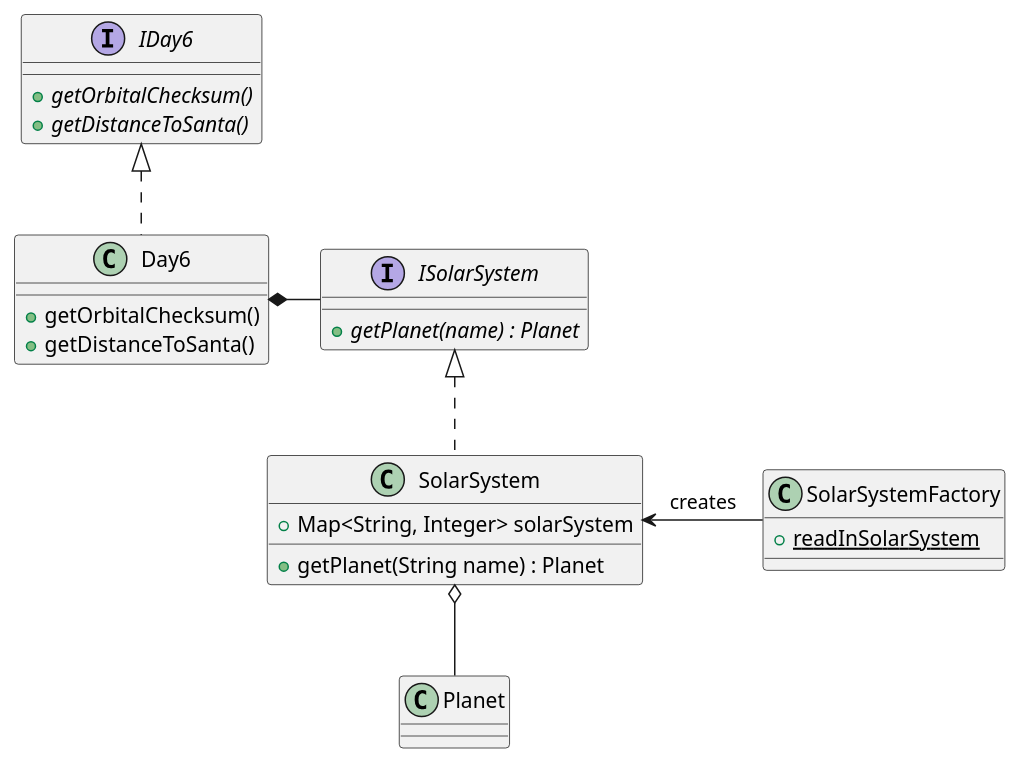
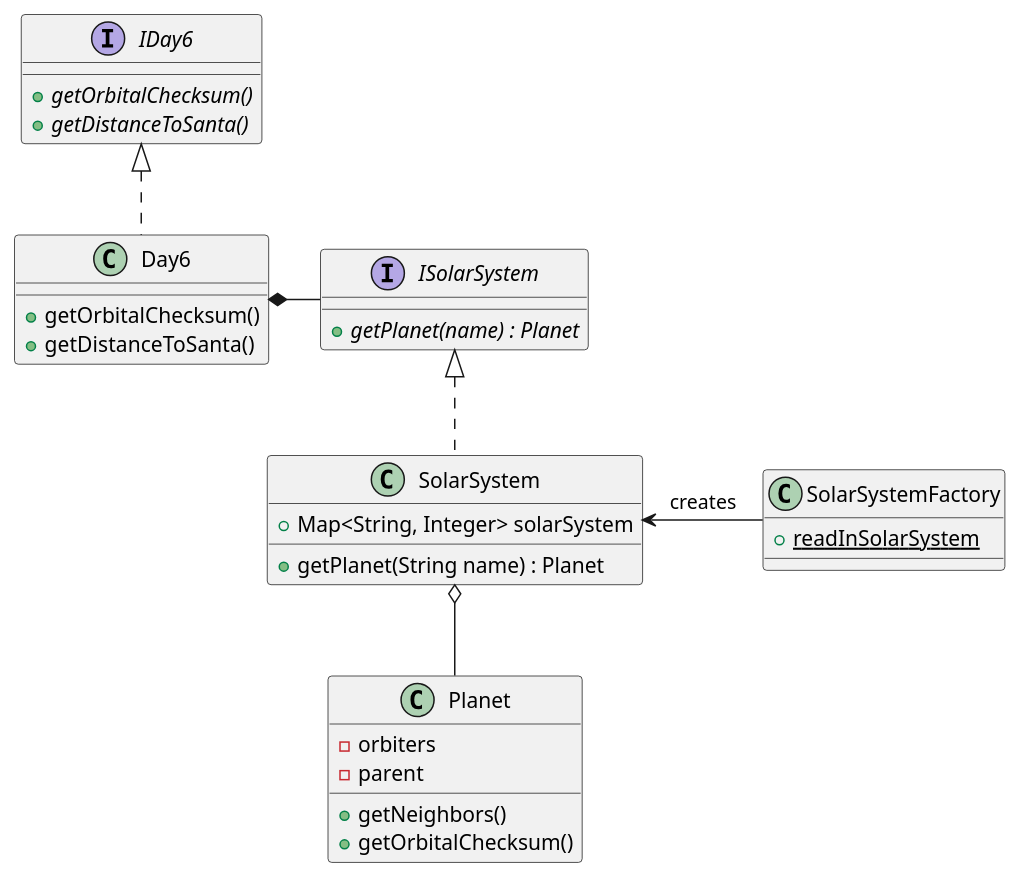
The diagram in src/year_2019/day06/day6_uml.puml (jdbr827/AdventOfCode_2019_Java), drawn with PlantUML before and after one commit. The commit also changed 1 other file, not shown here.

```diff
--- a/src/year_2019/day06/day6_uml.puml
+++ b/src/year_2019/day06/day6_uml.puml
@@ -1,41 +1,45 @@
 @startuml
 'https://plantuml.com/class-diagram
 
 interface IDay6 {
 +{abstract} getOrbitalChecksum()
 +{abstract} getDistanceToSanta()
 }
 
 class Day6 {
 +getOrbitalChecksum()
 +getDistanceToSanta()
 }
 
 
 class SolarSystem {
 +Map<String, Integer> solarSystem
 +getPlanet(String name) : Planet
 }
 
 class SolarSystemFactory {
 +{static} readInSolarSystem
 }
 
 interface ISolarSystem {
 +{abstract} getPlanet(name) : Planet
 }
 
 
 class Planet {
+-orbiters
+-parent
++getNeighbors()
++getOrbitalChecksum()
 
 }
 
 
 SolarSystem <- SolarSystemFactory: creates
 Day6 *- ISolarSystem
 IDay6 <|.. Day6
 ISolarSystem <|.. SolarSystem
 
 SolarSystem o-- Planet
 
 @enduml
```
